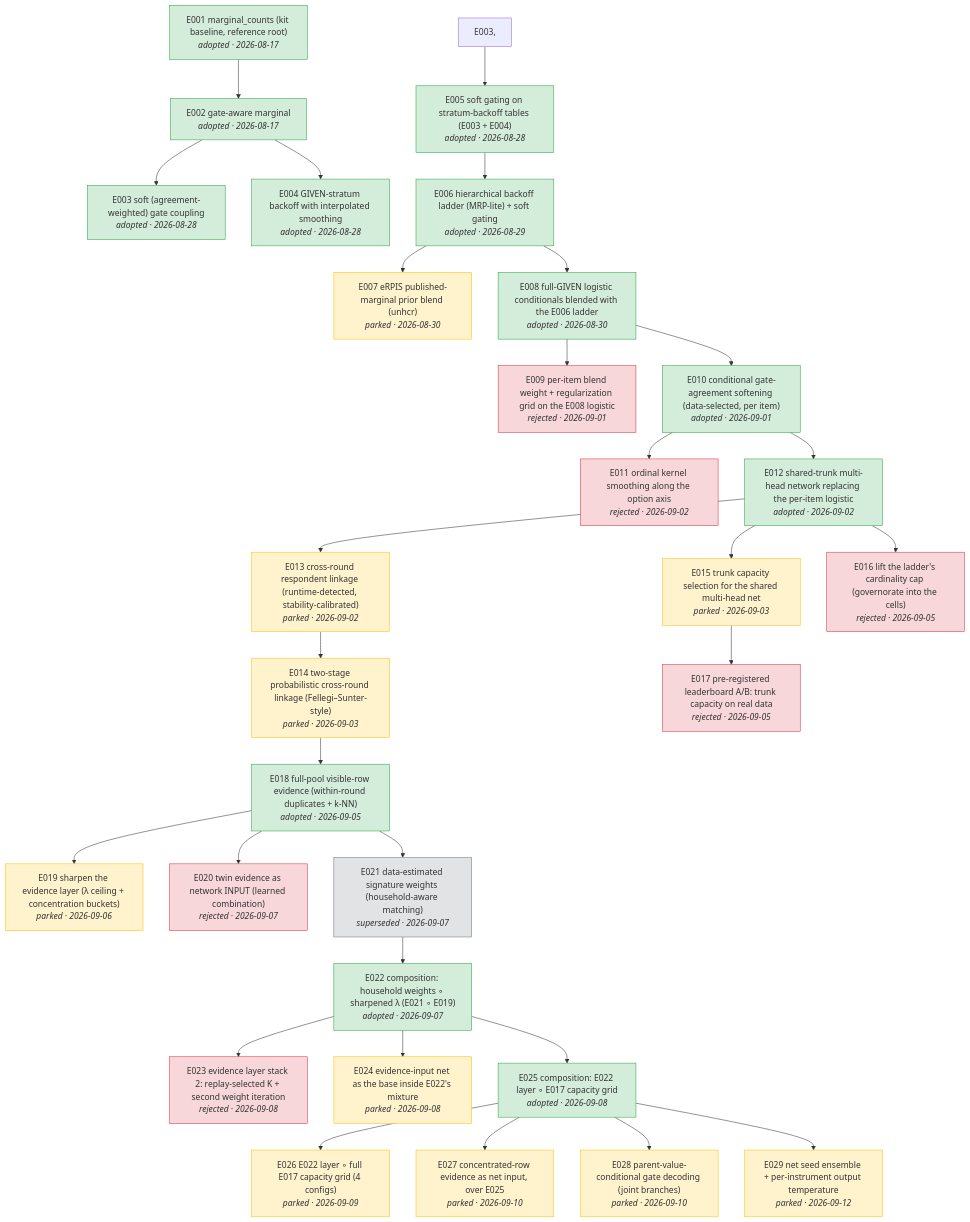
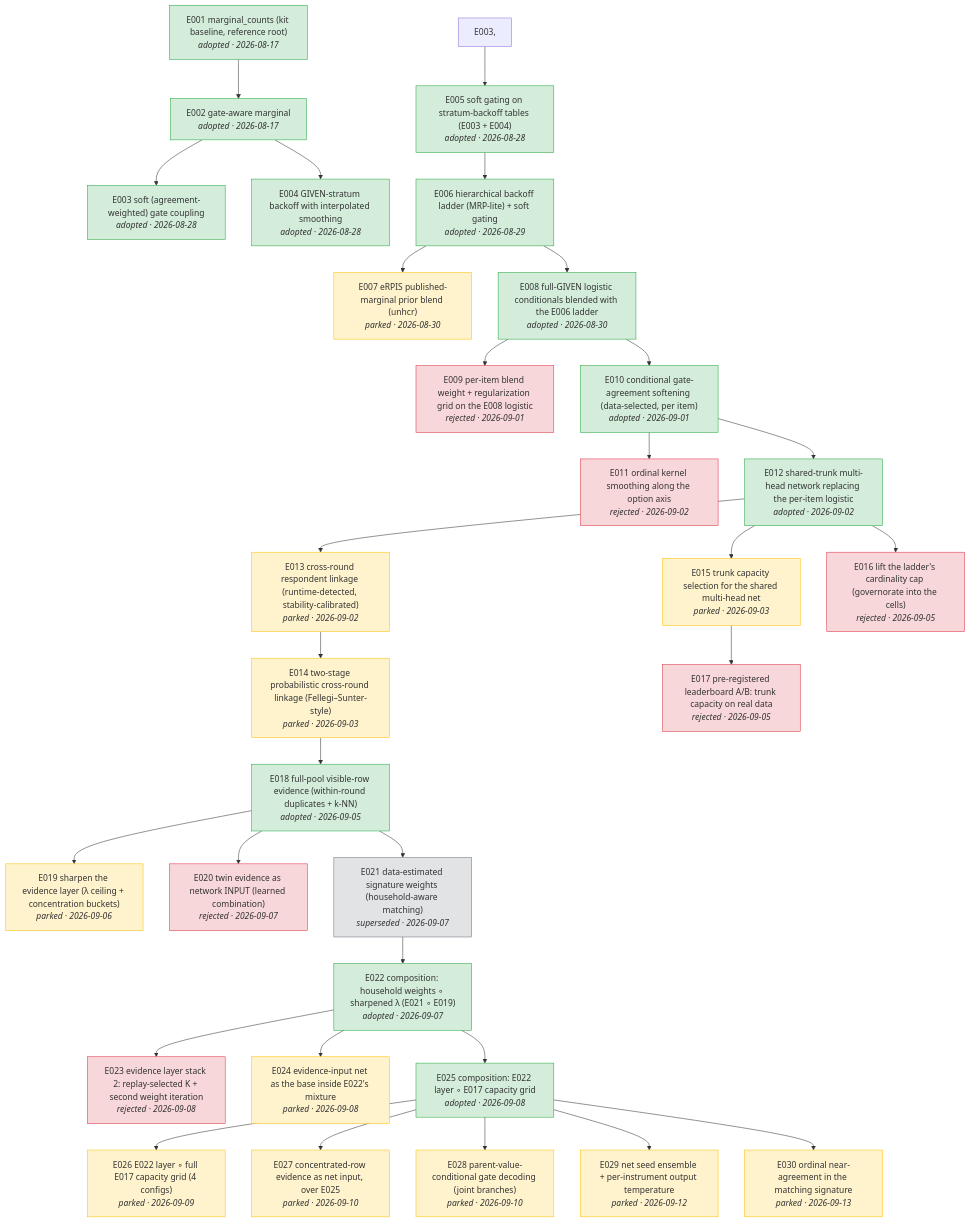
One commit to joon56/Simulacrabench-NeurIPS-2026- changed the diagram in docs/tree.md. Above: the diagram before and after it, drawn with Mermaid. The commit also changed 5 other files, not shown here.

First line of the commit message:
E030: ordinal near-agreement in the matching signature measured null (drift sim +0.0013, ceiling +0.0025), parked; no submission

````diff
--- a/docs/tree.md
+++ b/docs/tree.md
@@ -5,68 +5,70 @@
 ```mermaid
 flowchart TD
     E001["E001 marginal_counts (kit baseline, reference root)<br/><i>adopted · 2026-08-17</i>"]
     E002["E002 gate-aware marginal<br/><i>adopted · 2026-08-17</i>"]
     E001 --> E002
     E003["E003 soft (agreement-weighted) gate coupling<br/><i>adopted · 2026-08-28</i>"]
     E002 --> E003
     E004["E004 GIVEN-stratum backoff with interpolated smoothing<br/><i>adopted · 2026-08-28</i>"]
     E002 --> E004
     E005["E005 soft gating on stratum-backoff tables (E003 + E004)<br/><i>adopted · 2026-08-28</i>"]
     E003, --> E005
     E006["E006 hierarchical backoff ladder (MRP-lite) + soft gating<br/><i>adopted · 2026-08-29</i>"]
     E005 --> E006
     E007["E007 eRPIS published-marginal prior blend (unhcr)<br/><i>parked · 2026-08-30</i>"]
     E006 --> E007
     E008["E008 full-GIVEN logistic conditionals blended with the E006 ladder<br/><i>adopted · 2026-08-30</i>"]
     E006 --> E008
     E009["E009 per-item blend weight + regularization grid on the E008 logistic<br/><i>rejected · 2026-09-01</i>"]
     E008 --> E009
     E010["E010 conditional gate-agreement softening (data-selected, per item)<br/><i>adopted · 2026-09-01</i>"]
     E008 --> E010
     E011["E011 ordinal kernel smoothing along the option axis<br/><i>rejected · 2026-09-02</i>"]
     E010 --> E011
     E012["E012 shared-trunk multi-head network replacing the per-item logistic<br/><i>adopted · 2026-09-02</i>"]
     E010 --> E012
     E013["E013 cross-round respondent linkage (runtime-detected, stability-calibrated)<br/><i>parked · 2026-09-02</i>"]
     E012 --> E013
     E014["E014 two-stage probabilistic cross-round linkage (Fellegi–Sunter-style)<br/><i>parked · 2026-09-03</i>"]
     E013 --> E014
     E015["E015 trunk capacity selection for the shared multi-head net<br/><i>parked · 2026-09-03</i>"]
     E012 --> E015
     E016["E016 lift the ladder's cardinality cap (governorate into the cells)<br/><i>rejected · 2026-09-05</i>"]
     E012 --> E016
     E017["E017 pre-registered leaderboard A/B: trunk capacity on real data<br/><i>rejected · 2026-09-05</i>"]
     E015 --> E017
     E018["E018 full-pool visible-row evidence (within-round duplicates + k-NN)<br/><i>adopted · 2026-09-05</i>"]
     E014 --> E018
     E019["E019 sharpen the evidence layer (λ ceiling + concentration buckets)<br/><i>parked · 2026-09-06</i>"]
     E018 --> E019
     E020["E020 twin evidence as network INPUT (learned combination)<br/><i>rejected · 2026-09-07</i>"]
     E018 --> E020
     E021["E021 data-estimated signature weights (household-aware matching)<br/><i>superseded · 2026-09-07</i>"]
     E018 --> E021
     E022["E022 composition: household weights ∘ sharpened λ (E021 ∘ E019)<br/><i>adopted · 2026-09-07</i>"]
     E021 --> E022
     E023["E023 evidence layer stack 2: replay-selected K + second weight iteration<br/><i>rejected · 2026-09-08</i>"]
     E022 --> E023
     E024["E024 evidence-input net as the base inside E022's mixture<br/><i>parked · 2026-09-08</i>"]
     E022 --> E024
     E025["E025 composition: E022 layer ∘ E017 capacity grid<br/><i>adopted · 2026-09-08</i>"]
     E022 --> E025
     E026["E026 E022 layer ∘ full E017 capacity grid (4 configs)<br/><i>parked · 2026-09-09</i>"]
     E025 --> E026
     E027["E027 concentrated-row evidence as net input, over E025<br/><i>parked · 2026-09-10</i>"]
     E025 --> E027
     E028["E028 parent-value-conditional gate decoding (joint branches)<br/><i>parked · 2026-09-10</i>"]
     E025 --> E028
     E029["E029 net seed ensemble + per-instrument output temperature<br/><i>parked · 2026-09-12</i>"]
     E025 --> E029
+    E030["E030 ordinal near-agreement in the matching signature<br/><i>parked · 2026-09-13</i>"]
+    E025 --> E030
     classDef adopted fill:#d4edda,stroke:#28a745
     class E001,E002,E003,E004,E005,E006,E008,E010,E012,E018,E022,E025 adopted
     classDef rejected fill:#f8d7da,stroke:#dc3545
     class E009,E011,E016,E017,E020,E023 rejected
     classDef parked fill:#fff3cd,stroke:#ffc107
-    class E007,E013,E014,E015,E019,E024,E026,E027,E028,E029 parked
+    class E007,E013,E014,E015,E019,E024,E026,E027,E028,E029,E030 parked
     classDef superseded fill:#e2e3e5,stroke:#6c757d
     class E021 superseded
 ```
````
